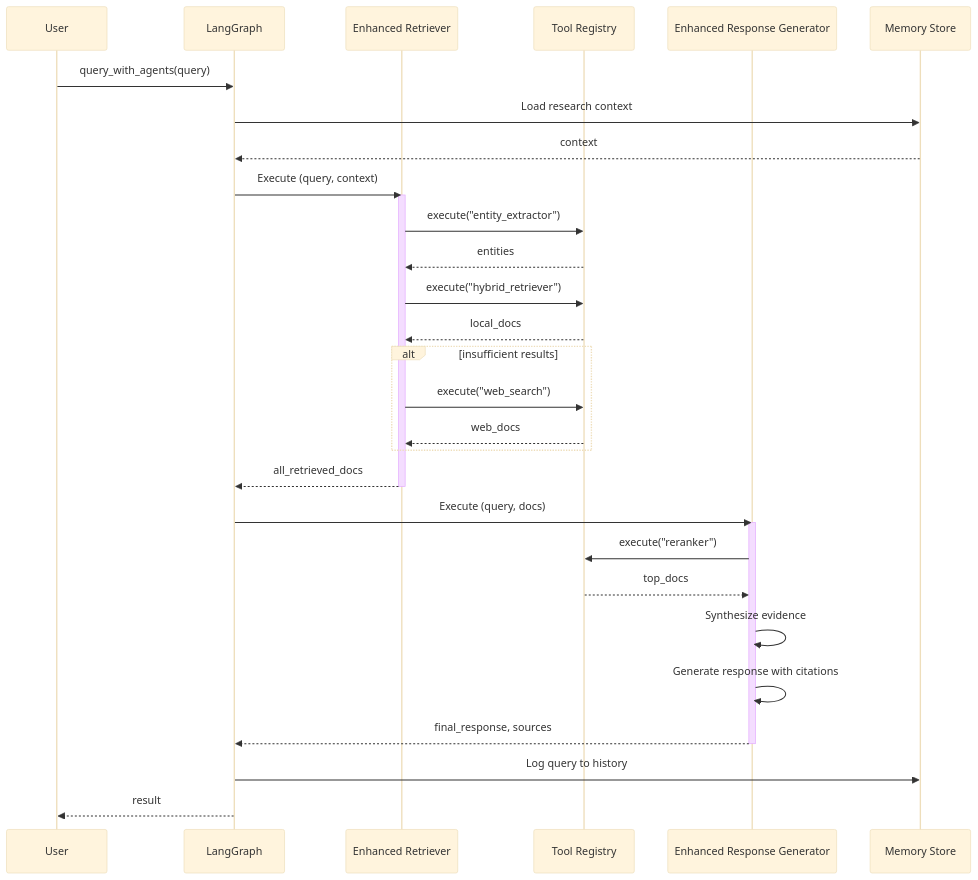
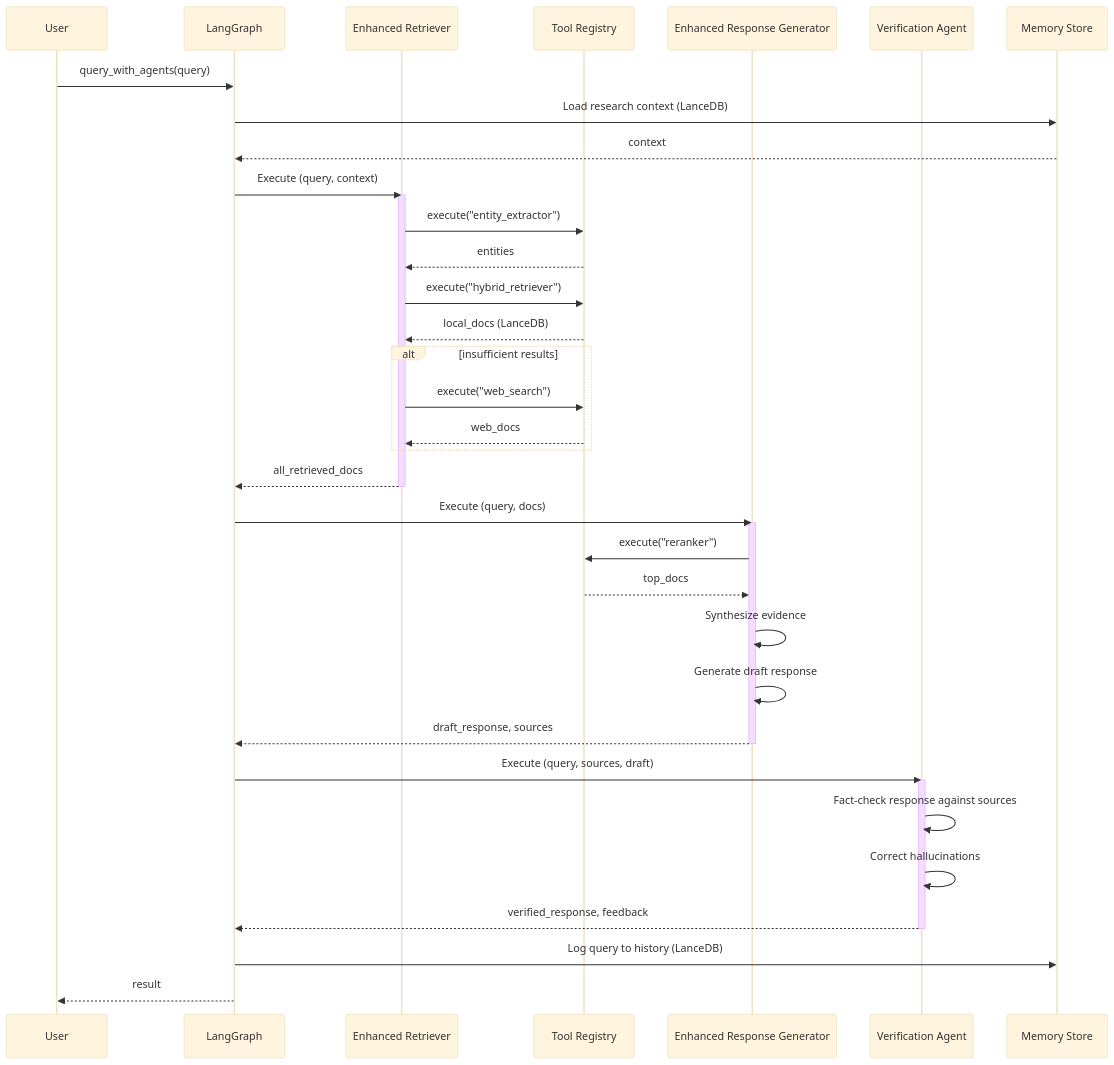
The second of 4 diagrams in docs/ARCHITECTURE_DIAGRAMS.md (CalmScout/agentic-research-kit), drawn with Mermaid (base theme) before and after one commit. The commit also changed other lines of this file and 29 other files, not shown here.

````diff
--- a/docs/ARCHITECTURE_DIAGRAMS.md
+++ b/docs/ARCHITECTURE_DIAGRAMS.md
@@ -137,38 +144,46 @@
 ```mermaid
 sequenceDiagram
     participant U as User
     participant LG as LangGraph
     participant A1 as Enhanced Retriever
     participant Tools as Tool Registry
     participant A2 as Enhanced Response Generator
+    participant A3 as Verification Agent
     participant Mem as Memory Store
 
     U->>LG: query_with_agents(query)
-    LG->>Mem: Load research context
+    LG->>Mem: Load research context (LanceDB)
     Mem-->>LG: context
 
     LG->>A1: Execute (query, context)
     activate A1
     A1->>Tools: execute("entity_extractor")
     Tools-->>A1: entities
     A1->>Tools: execute("hybrid_retriever")
-    Tools-->>A1: local_docs
+    Tools-->>A1: local_docs (LanceDB)
     alt insufficient results
         A1->>Tools: execute("web_search")
         Tools-->>A1: web_docs
     end
     A1-->>LG: all_retrieved_docs
     deactivate A1
 
     LG->>A2: Execute (query, docs)
     activate A2
     A2->>Tools: execute("reranker")
     Tools-->>A2: top_docs
     A2->>A2: Synthesize evidence
-    A2->>A2: Generate response with citations
-    A2-->>LG: final_response, sources
+    A2->>A2: Generate draft response
+    A2-->>LG: draft_response, sources
     deactivate A2
 
-    LG->>Mem: Log query to history
+    LG->>A3: Execute (query, sources, draft)
+    activate A3
+    A3->>A3: Fact-check response against sources
+    A3->>A3: Correct hallucinations
+    A3-->>LG: verified_response, feedback
+    deactivate A3
+
+    LG->>Mem: Log query to history (LanceDB)
     LG-->>U: result
 ```
````
